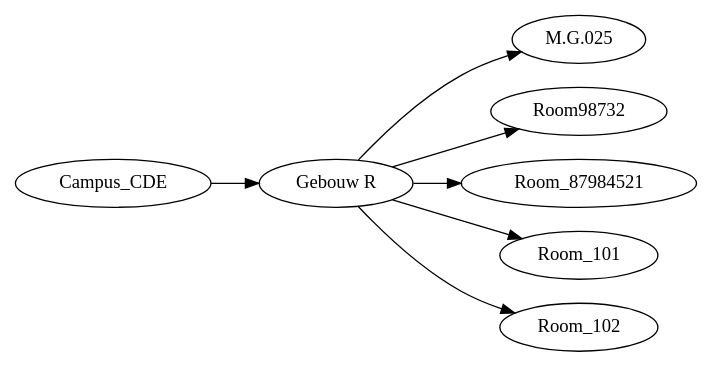
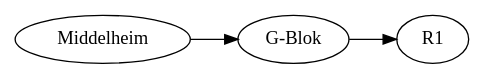
The diagram in structure.dot (Daniel-Coder-BB/Project_Software_Engineer), drawn with Graphviz before and after one commit. The commit also changed 4 other files, not shown here.

```diff
--- a/structure.dot
+++ b/structure.dot
@@ -1,12 +1,8 @@
 digraph G {
 
     rankdir=LR;
 
-    "Campus_CDE" -> "Gebouw R";
-    "Gebouw R" -> "M.G.025";
-    "Gebouw R" -> "Room98732";
-    "Gebouw R" -> "Room_87984521";
-    "Gebouw R" -> "Room_101";
-    "Gebouw R" -> "Room_102";
+    "Middelheim" -> "G-Blok";
+    "G-Blok" -> "R1";
 
 }
```
